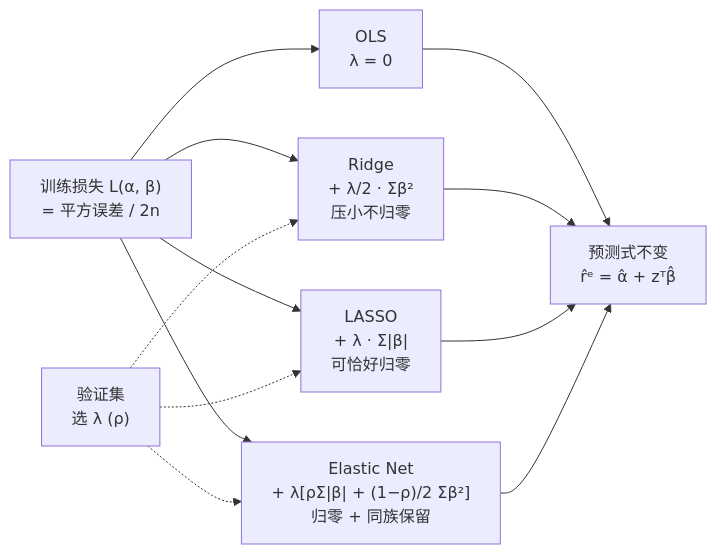
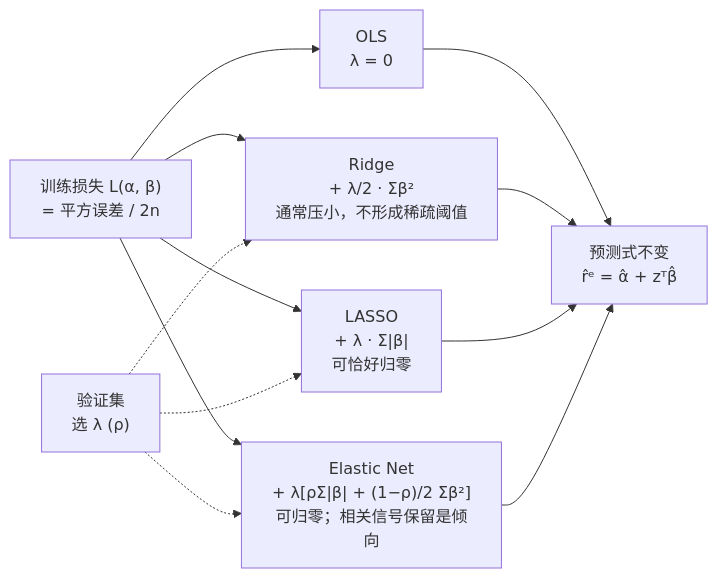
Before and after one commit to CercaTrovato/cityu-ai-course-notes: the fifth of 7 diagrams in EF5560_Fintech_and_AI_in_Finance/notes/M03-线性机器学习与收益预测.md, drawn with Mermaid. The commit also changed other lines of this file and 450 other files, not shown here.

````diff
--- a/EF5560_Fintech_and_AI_in_Finance/notes/M03-线性机器学习与收益预测.md
+++ b/EF5560_Fintech_and_AI_in_Finance/notes/M03-线性机器学习与收益预测.md
@@ -3433,9 +3615,9 @@
 ```mermaid
 flowchart LR
     L["训练损失 L(α, β)<br/>= 平方误差 / 2n"] --> OLS["OLS<br/>λ = 0"]
-    L --> R["Ridge<br/>+ λ/2 · Σβ²<br/>压小不归零"]
+    L --> R["Ridge<br/>+ λ/2 · Σβ²<br/>通常压小，不形成稀疏阈值"]
     L --> LA["LASSO<br/>+ λ · Σ|β|<br/>可恰好归零"]
-    L --> EN["Elastic Net<br/>+ λ[ρΣ|β| + (1−ρ)/2 Σβ²]<br/>归零 + 同族保留"]
+    L --> EN["Elastic Net<br/>+ λ[ρΣ|β| + (1−ρ)/2 Σβ²]<br/>可归零；相关信号保留是倾向"]
     OLS & R & LA & EN --> P["预测式不变<br/>r̂ᵉ = α̂ + zᵀβ̂"]
     V["验证集<br/>选 λ (ρ)"] -.-> R & LA & EN
 ```
````
